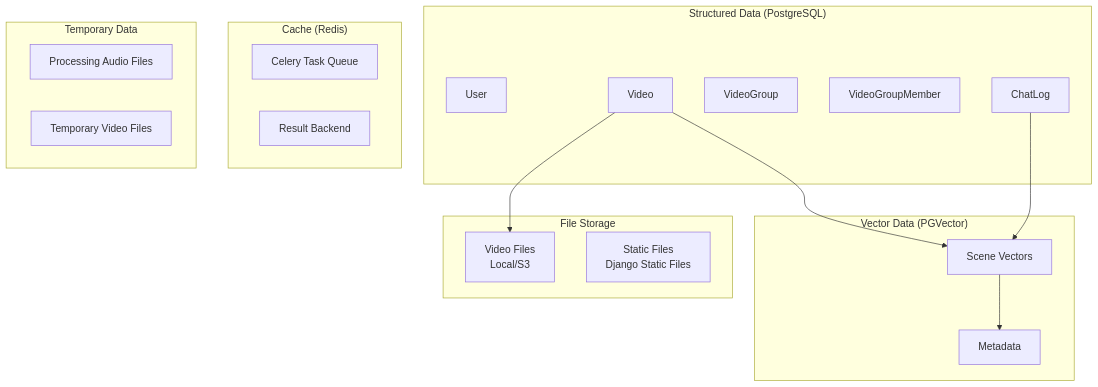
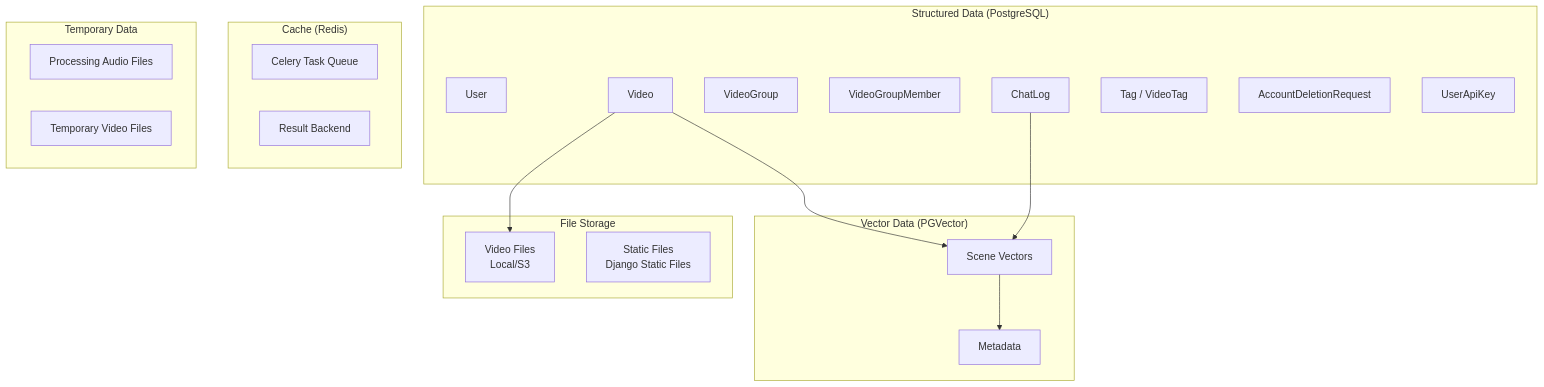
The sixth of 9 diagrams in docs/database/data-flow-diagram.md (yukiharada1228/videoq), drawn with Mermaid before and after one commit. The commit also changed other lines of this file and 14 other files, not shown here.

First line of the commit message:
docs: sync architecture and design diagrams with latest implementation

````diff
--- a/docs/database/data-flow-diagram.md
+++ b/docs/database/data-flow-diagram.md
@@ -197,35 +197,38 @@
 ```mermaid
 graph TB
     subgraph StructuredData["Structured Data (PostgreSQL)"]
         D1[User]
         D2[Video]
         D3[VideoGroup]
         D4[VideoGroupMember]
         D5[ChatLog]
+        D6[Tag / VideoTag]
+        D7[AccountDeletionRequest]
+        D8[UserApiKey]
     end
     
     subgraph VectorData["Vector Data (PGVector)"]
         V1[Scene Vectors]
         V2[Metadata]
     end
     
     subgraph FileStorage["File Storage"]
         F1[Video Files<br/>Local/S3]
         F2[Static Files<br/>Django Static Files]
     end
     
     subgraph Cache["Cache (Redis)"]
         C1[Celery Task Queue]
         C2[Result Backend]
     end
     
     subgraph Temporary["Temporary Data"]
         T1[Processing Audio Files]
         T2[Temporary Video Files]
     end
     
     D2 --> F1
     D2 --> V1
     V1 --> V2
     D5 --> V1
 ```
````
